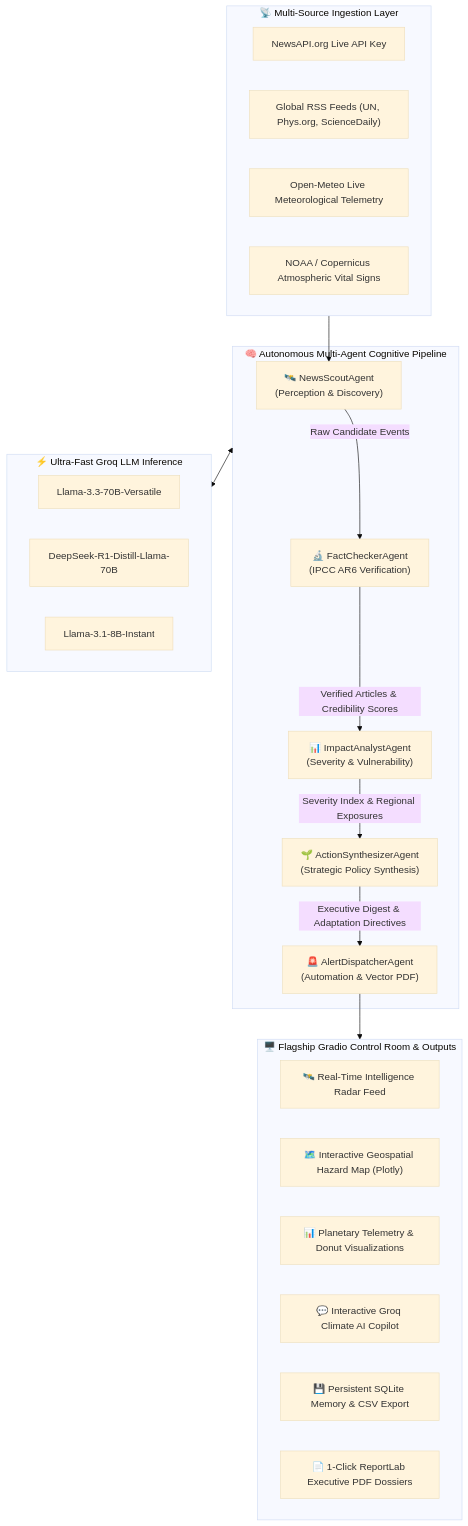
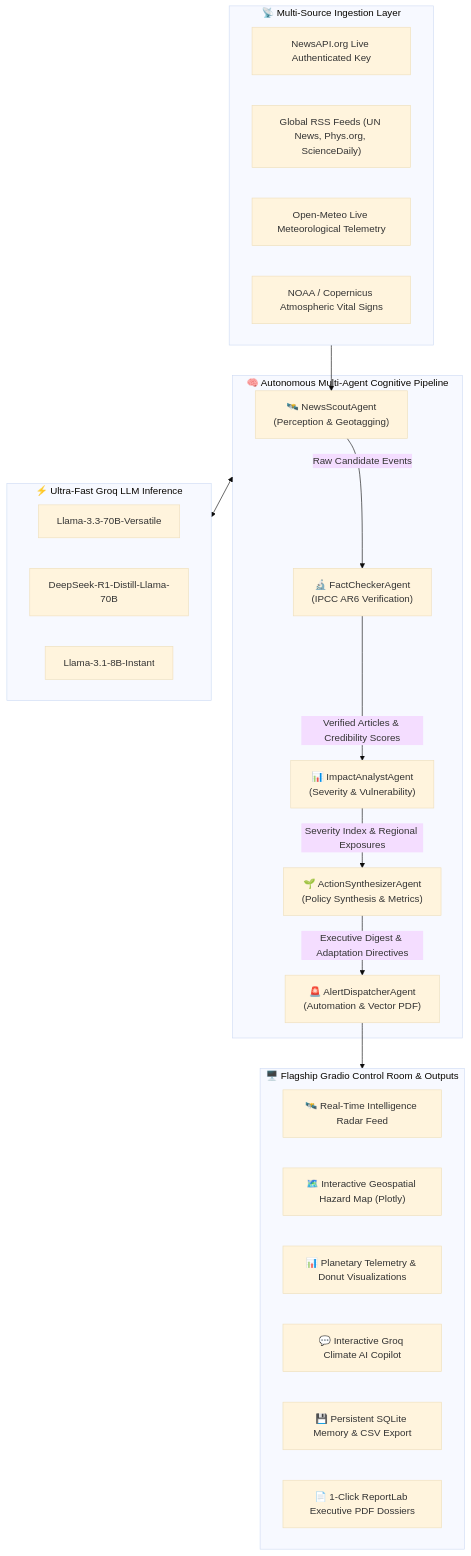
One commit to SohanaDas1408/FlexiCA3_SOHANA_122 changed the diagram in PROJECT_REPORT.md. Above: the diagram before and after it, drawn with Mermaid (base theme). The commit also changed other lines of this file and 2 other files, not shown here.

````diff
--- a/PROJECT_REPORT.md
+++ b/PROJECT_REPORT.md
@@ -85,40 +269,40 @@
 ```mermaid
 flowchart TD
     subgraph DataSources["📡 Multi-Source Ingestion Layer"]
-        DS1["NewsAPI.org Live API Key"]
-        DS2["Global RSS Feeds (UN, Phys.org, ScienceDaily)"]
+        DS1["NewsAPI.org Live Authenticated Key"]
+        DS2["Global RSS Feeds (UN News, Phys.org, ScienceDaily)"]
         DS3["Open-Meteo Live Meteorological Telemetry"]
         DS4["NOAA / Copernicus Atmospheric Vital Signs"]
     end
 
     subgraph AgentPipeline["🧠 Autonomous Multi-Agent Cognitive Pipeline"]
-        A1["🛰️ NewsScoutAgent\n(Perception & Discovery)"]
+        A1["🛰️ NewsScoutAgent\n(Perception & Geotagging)"]
         A2["🔬 FactCheckerAgent\n(IPCC AR6 Verification)"]
         A3["📊 ImpactAnalystAgent\n(Severity & Vulnerability)"]
-        A4["🌱 ActionSynthesizerAgent\n(Strategic Policy Synthesis)"]
+        A4["🌱 ActionSynthesizerAgent\n(Policy Synthesis & Metrics)"]
         A5["🚨 AlertDispatcherAgent\n(Automation & Vector PDF)"]
     end
 
     subgraph GroqEngine["⚡ Ultra-Fast Groq LLM Inference"]
         G1["Llama-3.3-70B-Versatile"]
         G2["DeepSeek-R1-Distill-Llama-70B"]
         G3["Llama-3.1-8B-Instant"]
     end
 
     subgraph Deliverables["🖥️ Flagship Gradio Control Room & Outputs"]
         UI1["🛰️ Real-Time Intelligence Radar Feed"]
         UI2["🗺️ Interactive Geospatial Hazard Map (Plotly)"]
         UI3["📊 Planetary Telemetry & Donut Visualizations"]
         UI4["💬 Interactive Groq Climate AI Copilot"]
         UI5["💾 Persistent SQLite Memory & CSV Export"]
         UI6["📄 1-Click ReportLab Executive PDF Dossiers"]
     end
 
     DataSources --> A1
     A1 -->|Raw Candidate Events| A2
     A2 -->|Verified Articles & Credibility Scores| A3
     A3 -->|Severity Index & Regional Exposures| A4
     A4 -->|Executive Digest & Adaptation Directives| A5
     AgentPipeline <--> GroqEngine
     A5 --> Deliverables
 ```
````
